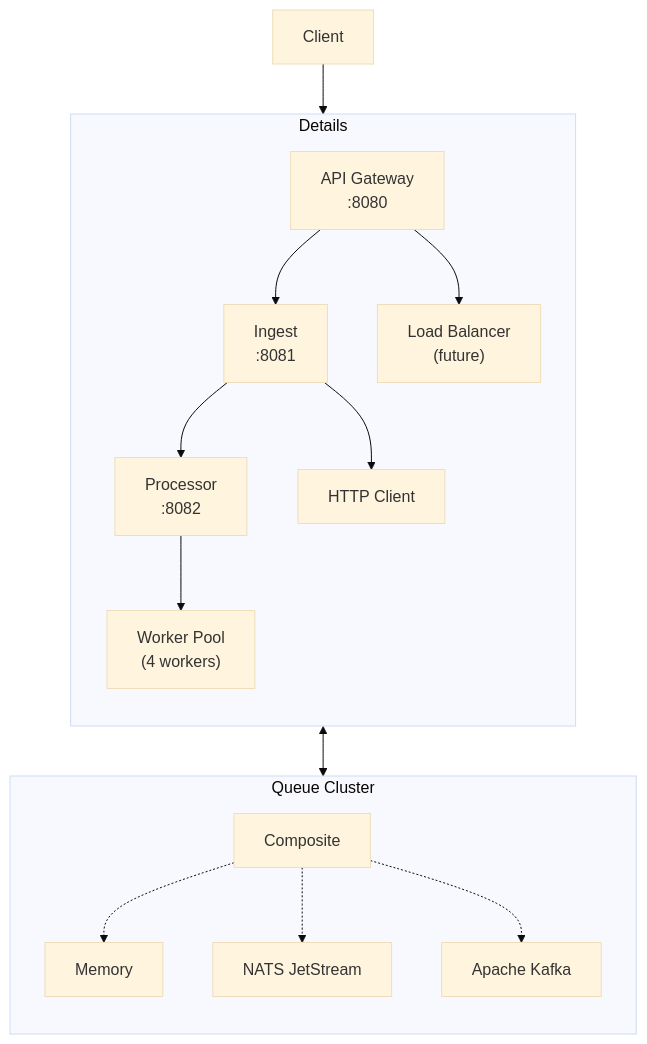
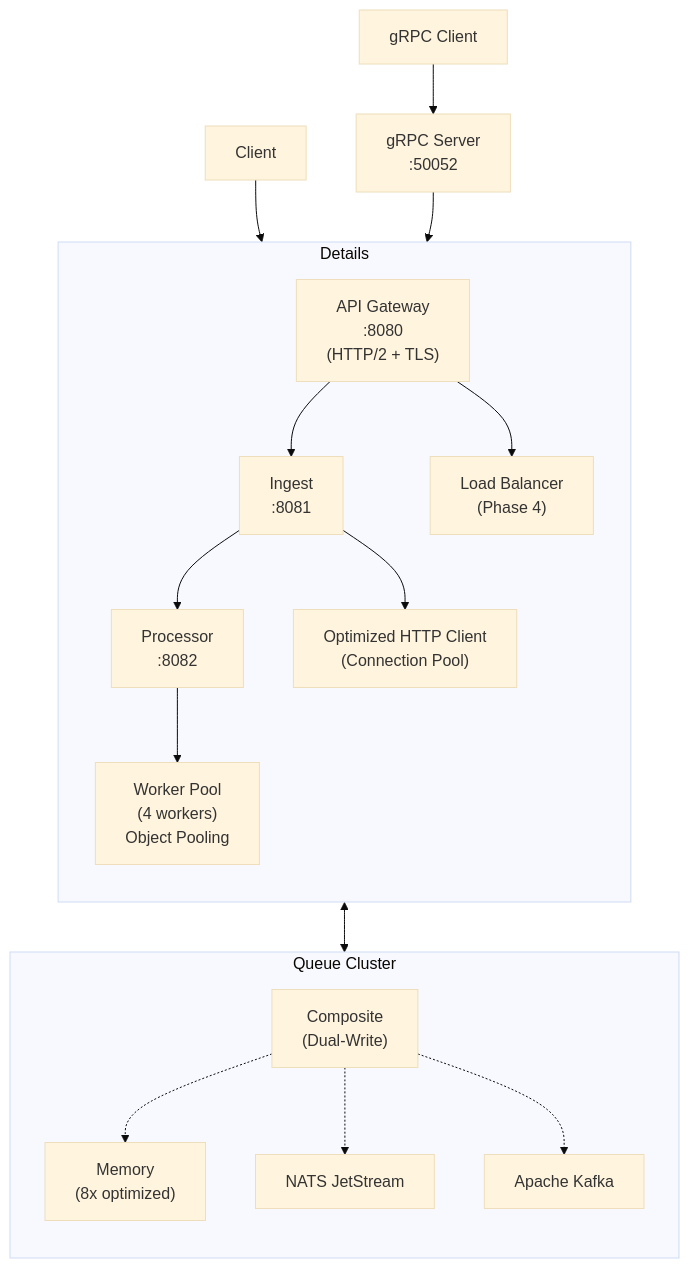
The diagram in README.md (stsolovey/diplom-distributed-system), drawn with Mermaid (base theme) before and after one commit. The commit also changed other lines of this file, not shown here.

First line of the commit message:
docs: update README to reflect completed Phase 3

````diff
--- a/README.md
+++ b/README.md
@@ -286,30 +306,32 @@
 ```mermaid
 flowchart TB
     %% Core chain
-    client[Client] --> gateway["API Gateway<br>:8080"]
+    client[Client] --> gateway["API Gateway<br>:8080<br>(HTTP/2 + TLS)"]
+    grpc_client[gRPC Client] --> grpc_server["gRPC Server<br>:50052"]
     gateway --> ingest["Ingest<br>:8081"]
-    ingest --> processor["Processor<br>:8082"]
+    grpc_server --> processor["Processor<br>:8082"]
+    ingest --> processor
 
     %% Вертикальные детализирующие ветки
     subgraph Details
         direction TB
-        gateway --> lb["Load Balancer<br>(future)"]
-        ingest --> http["HTTP Client"]
-        processor --> pool["Worker Pool<br>(4 workers)"]
+        gateway --> lb["Load Balancer<br>(Phase 4)"]
+        ingest --> http["Optimized HTTP Client<br>(Connection Pool)"]
+        processor --> pool["Worker Pool<br>(4 workers)<br>Object Pooling"]
     end
 
     %% Кластер очередей
     subgraph QueueCluster["Queue Cluster"]
         direction TB
-        memory["Memory"]
+        memory["Memory<br>(8x optimized)"]
         nats["NATS JetStream"]
         kafka["Apache Kafka"]
-        composite["Composite"]
+        composite["Composite<br>(Dual-Write)"]
         
         composite -.-> nats
         composite -.-> kafka
         composite -.-> memory
     end
     
     pool <--> QueueCluster
 ```
````
